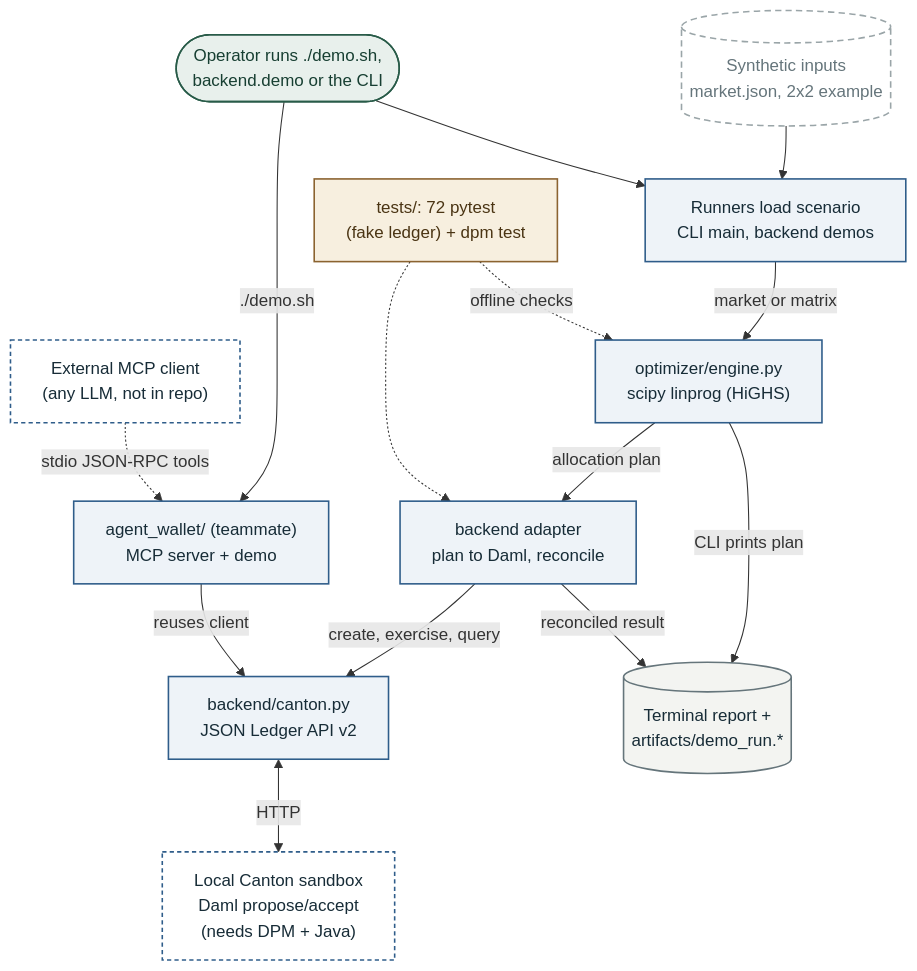
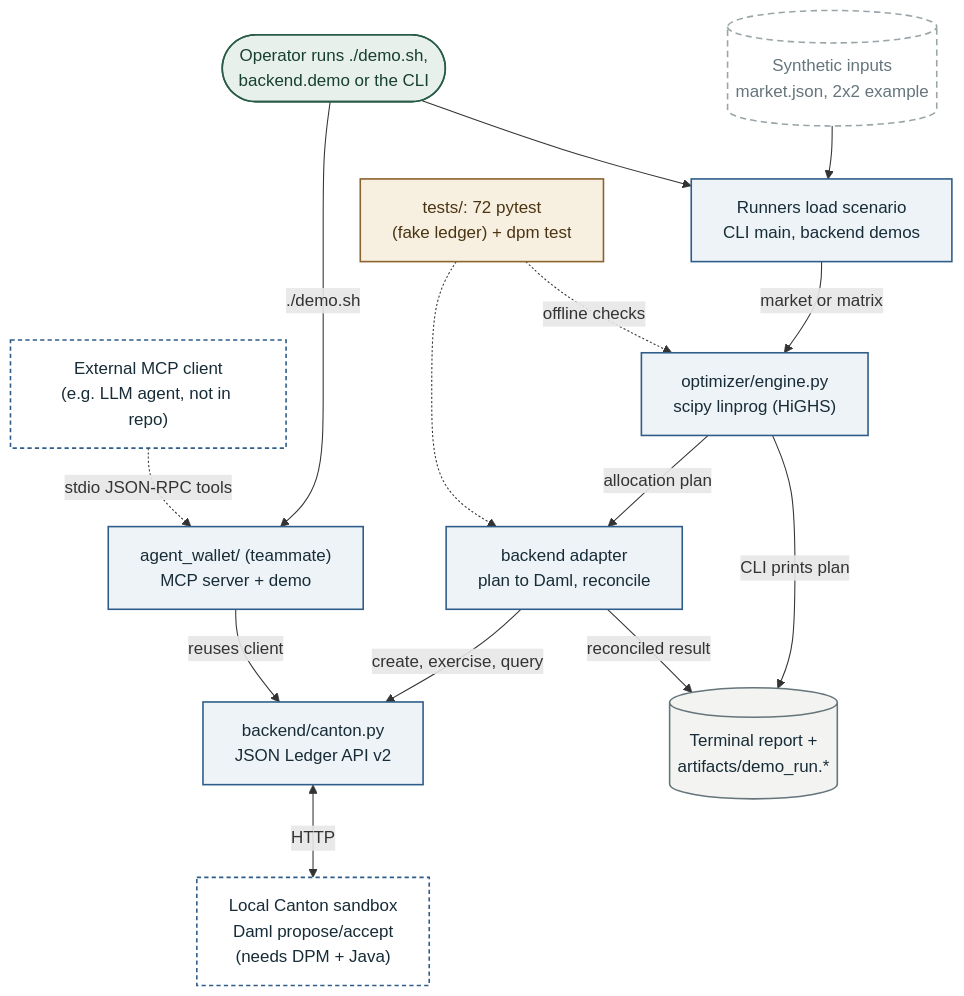
The diagram in docs/architecture.mmd (retinapeg/canton-collateral-optimizer), drawn with Mermaid before and after one commit. The commit also changed 1 other file, not shown here.

Commit message:
docs: list all diagram test sources and clarify MCP client label

```diff
--- a/docs/architecture.mmd
+++ b/docs/architecture.mmd
@@ -1,44 +1,44 @@
 %% Architecture of canton-collateral-optimizer at commit 277896d39d2915297e16e08a65a63059d71ae6b9
-%% Sources: optimizer/__main__.py, optimizer/engine.py, backend/allocation_demo.py, backend/demo.py, backend/canton.py, daml/daml/CollateralAllocation.daml, daml/daml/Collateral.daml, demo.sh, sample_data/market.json, agent_wallet/mcp_server.py, agent_wallet/demo.py, agent_wallet/ledger.py, agent_wallet/world.py, .mcp.json, tests/test_allocation_demo.py, tests/test_backend.py, tests/test_agent_wallet.py
+%% Sources: optimizer/__main__.py, optimizer/engine.py, backend/allocation_demo.py, backend/demo.py, backend/canton.py, daml/daml/CollateralAllocation.daml, daml/daml/Collateral.daml, demo.sh, sample_data/market.json, agent_wallet/mcp_server.py, agent_wallet/demo.py, agent_wallet/ledger.py, agent_wallet/world.py, .mcp.json, tests/test_optimizer.py, tests/test_allocation_demo.py, tests/test_backend.py, tests/test_agent_wallet.py, test_all.sh
 %% Render: npx @mermaid-js/mermaid-cli -i docs/architecture.mmd -o docs/images/architecture.svg -b white
 flowchart TD
     IN[("Synthetic inputs<br/>market.json, 2x2 example")]
     OP(["Operator runs ./demo.sh,<br/>backend.demo or the CLI"])
     RUN["Runners load scenario<br/>CLI main, backend demos"]
     OPT["optimizer/engine.py<br/>scipy linprog (HiGHS)"]
     ADAPT["backend adapter<br/>plan to Daml, reconcile"]
     CC["backend/canton.py<br/>JSON Ledger API v2"]
     LEDGER["Local Canton sandbox<br/>Daml propose/accept<br/>(needs DPM + Java)"]
     OUT[("Terminal report +<br/>artifacts/demo_run.*")]
     TEST["tests/: 72 pytest<br/>(fake ledger) + dpm test"]
     WALLET["agent_wallet/ (teammate)<br/>MCP server + demo"]
-    EXTC["External MCP client<br/>(any LLM, not in repo)"]
+    EXTC["External MCP client<br/>(e.g. LLM agent, not in repo)"]
 
     IN --> RUN
     OP --> RUN
     RUN -->|"market or matrix"| OPT
     OPT -->|"allocation plan"| ADAPT
     OPT -->|"CLI prints plan"| OUT
     ADAPT -->|"create, exercise, query"| CC
     CC <-->|"HTTP"| LEDGER
     ADAPT -->|"reconciled result"| OUT
     TEST -.->|"offline checks"| OPT
     TEST -.-> ADAPT
     OP -->|"./demo.sh"| WALLET
     EXTC -.->|"stdio JSON-RPC tools"| WALLET
     WALLET -->|"reuses client"| CC
 
     class OP human;
     class IN mock;
     class RUN,OPT,ADAPT,CC,WALLET det;
     class LEDGER,EXTC ext;
     class OUT store;
     class TEST eval;
 
     classDef ai fill:#efe7fb,stroke:#6a4c93,stroke-width:2px,color:#2b1d45;
     classDef det fill:#eef3f8,stroke:#2f5d8a,stroke-width:1.5px,color:#172c37;
     classDef human fill:#e8f0ec,stroke:#285b48,stroke-width:1.5px,color:#173f32;
     classDef eval fill:#f7efdf,stroke:#8b6330,stroke-width:1.5px,color:#4a3413;
     classDef store fill:#f3f4f1,stroke:#65757b,stroke-width:1.5px,color:#172c37;
     classDef ext fill:#ffffff,stroke:#2f5d8a,stroke-width:1.5px,stroke-dasharray:4 3,color:#172c37;
     classDef mock fill:#ffffff,stroke:#9aa5a8,stroke-width:1.5px,stroke-dasharray:6 4,color:#65757b;
```
